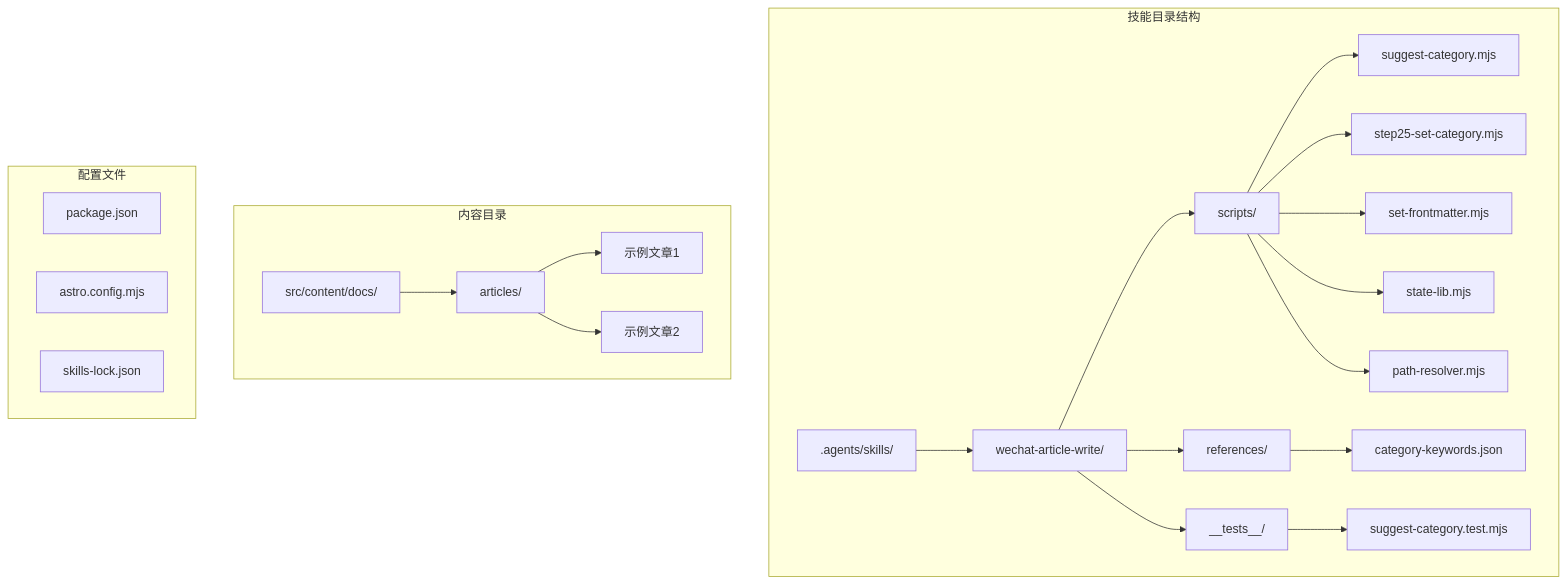
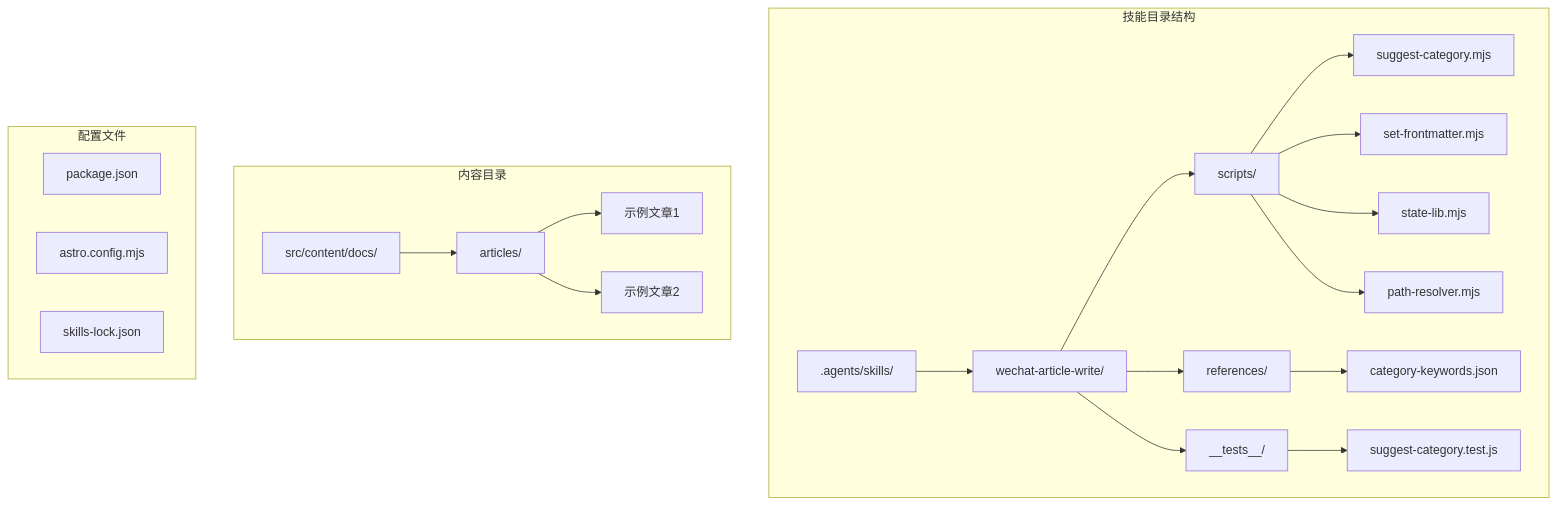
The first of 7 diagrams in .qoder/repowiki/zh/content/AI 技能系统/发布自动化技能/微信文章写作管线/分类关键词系统.md (NTLx/ntlx.github.io), drawn with Mermaid before and after one commit. The commit also changed other lines of this file and 10 other files, not shown here.

````diff
--- a/.qoder/repowiki/zh/content/AI 技能系统/发布自动化技能/微信文章写作管线/分类关键词系统.md
+++ b/.qoder/repowiki/zh/content/AI 技能系统/发布自动化技能/微信文章写作管线/分类关键词系统.md
@@ -39,26 +48,25 @@
 ```mermaid
 graph TB
 subgraph "技能目录结构"
 A[.agents/skills/] --> B[wechat-article-write/]
 B --> C[scripts/]
 B --> D[references/]
 B --> E[__tests__/]
 C --> F[suggest-category.mjs]
-C --> G[step25-set-category.mjs]
-C --> H[set-frontmatter.mjs]
-C --> I[state-lib.mjs]
-C --> J[path-resolver.mjs]
-D --> K[category-keywords.json]
-E --> L[suggest-category.test.mjs]
+C --> G[set-frontmatter.mjs]
+C --> H[state-lib.mjs]
+C --> I[path-resolver.mjs]
+D --> J[category-keywords.json]
+E --> K[suggest-category.test.js]
 end
 subgraph "内容目录"
-M[src/content/docs/] --> N[articles/]
-N --> O[示例文章1]
-N --> P[示例文章2]
+L[src/content/docs/] --> M[articles/]
+M --> N[示例文章1]
+M --> O[示例文章2]
 end
 subgraph "配置文件"
-Q[package.json]
-R[astro.config.mjs]
-S[skills-lock.json]
+P[package.json]
+Q[astro.config.mjs]
+R[skills-lock.json]
 end
 ```
````
